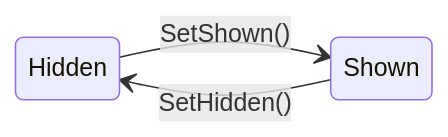
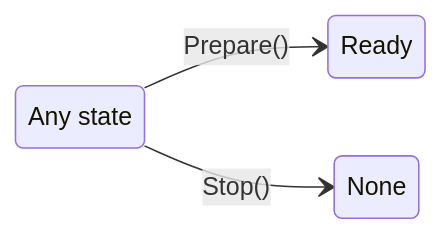
The fourth of 4 diagrams in README.md (CatCodeGames/StatefulEffects), drawn with Mermaid before and after one commit. The commit also changed other lines of this file and 265 other files, not shown here.

````diff
--- a/README.md
+++ b/README.md
@@ -232,7 +166,8 @@
 ```mermaid
 stateDiagram-v2
     direction LR
 
-    Hidden --> Shown : SetShown()
-    Shown --> Hidden : SetHidden()
+    state "Any state" as Any
+    Any --> Ready : Prepare()
+    Any --> None : Stop()
 ```
````
